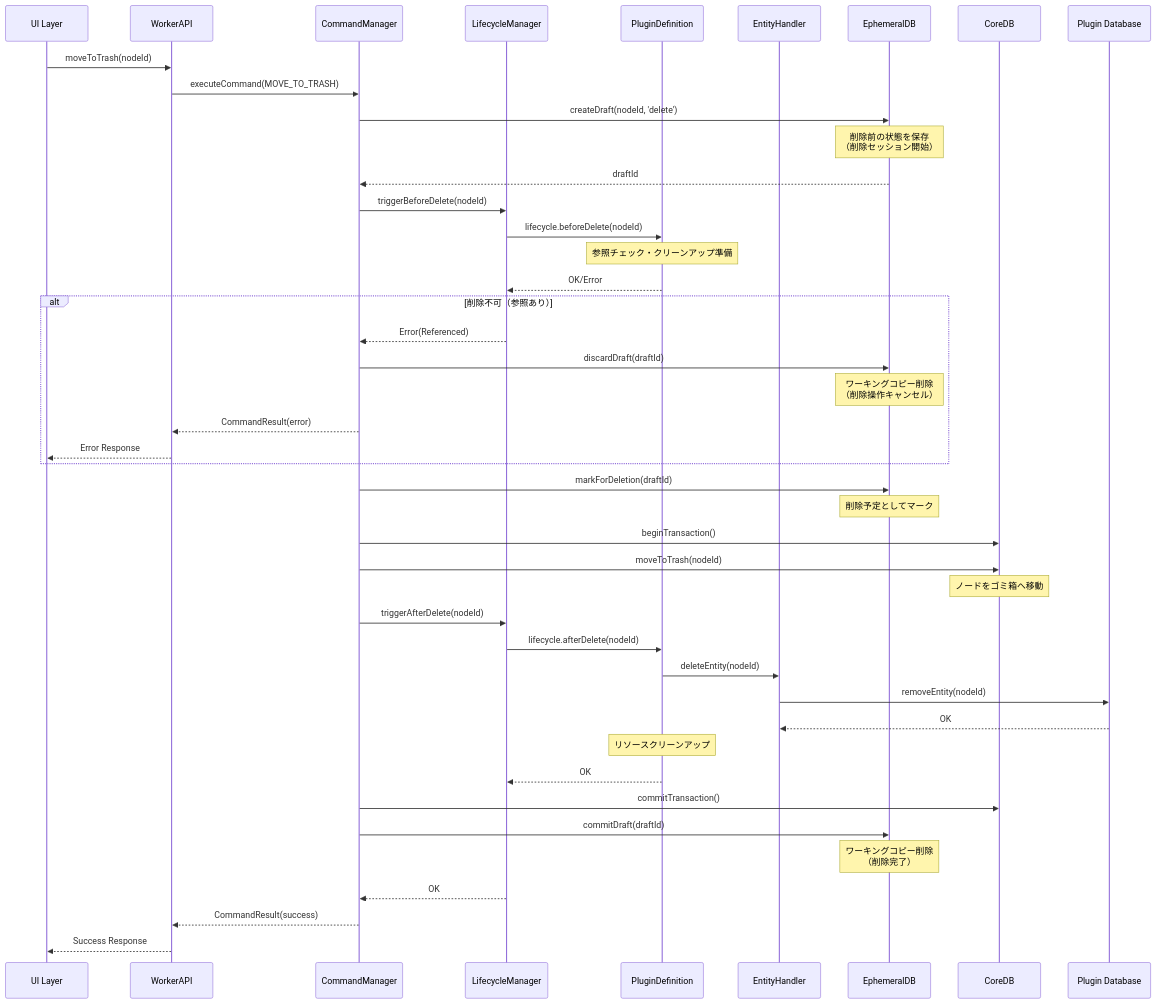
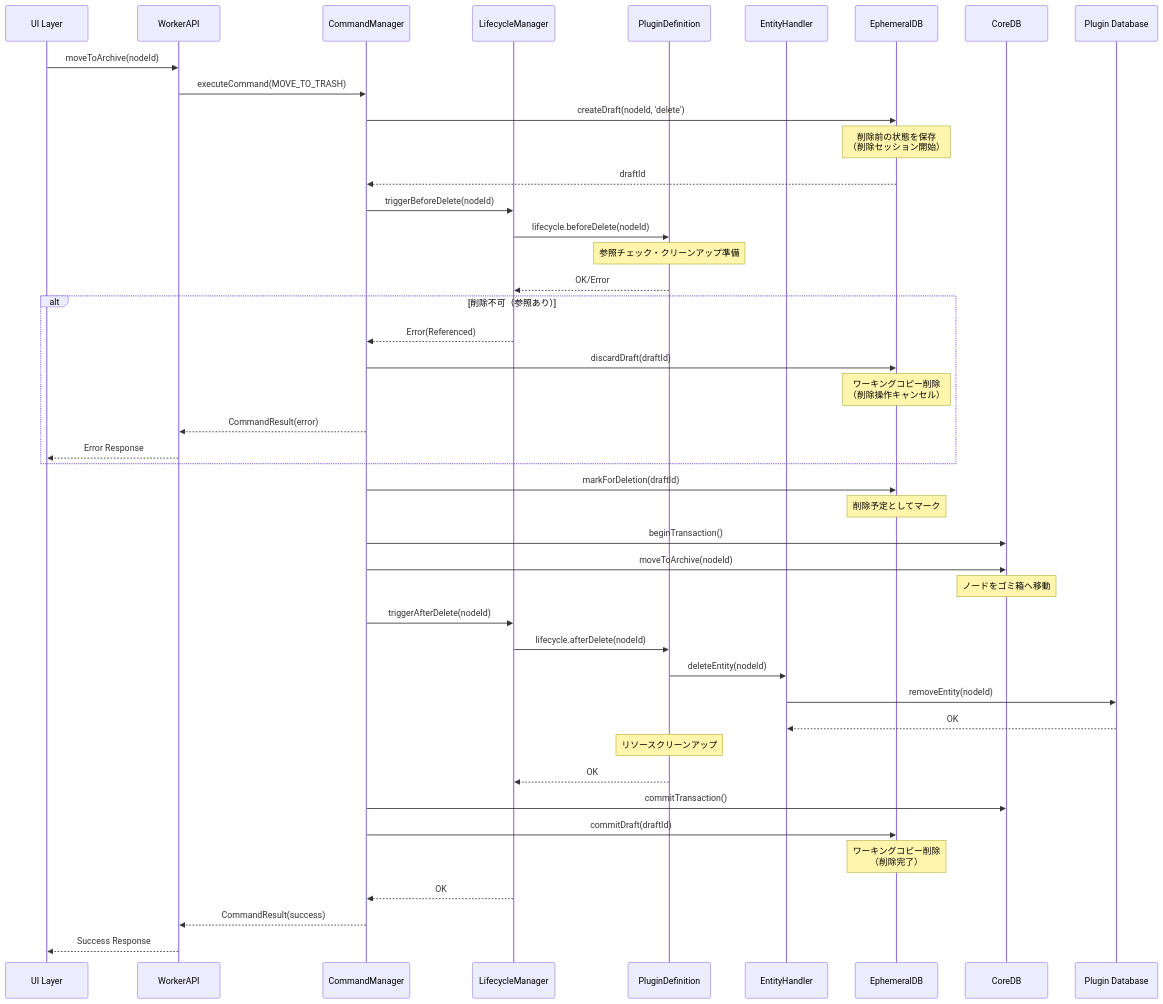
The third of 3 diagrams in docs/deprecated/09-0-aop-guide.md (kubohiroya/hierarchidb), drawn with Mermaid before and after one commit. The commit also changed 228 other files, not shown here.

Commit message:
refactor: rename 'trash' to 'archive' for improved terminology consistency

````diff
--- a/docs/deprecated/09-0-aop-guide.md
+++ b/docs/deprecated/09-0-aop-guide.md
@@ -199,63 +199,63 @@
 ```mermaid
 sequenceDiagram
     participant UI as UI Layer
     participant WA as WorkerAPI
     participant CM as CommandManager
     participant LM as LifecycleManager
     participant PD as PluginDefinition
     participant EH as EntityHandler
     participant EDB as EphemeralDB
     participant CDB as CoreDB
     participant PDB as Plugin Database
 
-    UI->>WA: moveToTrash(nodeId)
+    UI->>WA: moveToArchive(nodeId)
     WA->>CM: executeCommand(MOVE_TO_TRASH)
     
     %% 削除用ワーキングコピー作成
     CM->>EDB: createDraft(nodeId, 'delete')
     Note over EDB: 削除前の状態を保存<br/>（削除セッション開始）
     EDB-->>CM: draftId
     
     CM->>LM: triggerBeforeDelete(nodeId)
     LM->>PD: lifecycle.beforeDelete(nodeId)
     
     Note over PD: 参照チェック・クリーンアップ準備
     PD-->>LM: OK/Error
     
     alt 削除不可（参照あり）
         LM-->>CM: Error(Referenced)
         CM->>EDB: discardDraft(draftId)
         Note over EDB: ワーキングコピー削除<br/>（削除操作キャンセル）
         CM-->>WA: CommandResult(error)
         WA-->>UI: Error Response
     end
     
     %% ワーキングコピーで削除をマーク
     CM->>EDB: markForDeletion(draftId)
     Note over EDB: 削除予定としてマーク
     
     %% CoreDBでゴミ箱移動処理
     CM->>CDB: beginTransaction()
-    CM->>CDB: moveToTrash(nodeId)
+    CM->>CDB: moveToArchive(nodeId)
     Note over CDB: ノードをゴミ箱へ移動
     
     %% プラグインエンティティ削除
     CM->>LM: triggerAfterDelete(nodeId)
     LM->>PD: lifecycle.afterDelete(nodeId)
     
     PD->>EH: deleteEntity(nodeId)
     EH->>PDB: removeEntity(nodeId)
     PDB-->>EH: OK
     
     Note over PD: リソースクリーンアップ
     PD-->>LM: OK
     
     %% コミット完了
     CM->>CDB: commitTransaction()
     CM->>EDB: commitDraft(draftId)
     Note over EDB: ワーキングコピー削除<br/>（削除完了）
     
     LM-->>CM: OK
     CM-->>WA: CommandResult(success)
     WA-->>UI: Success Response
 ```
````
